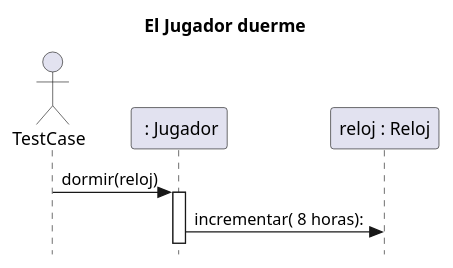
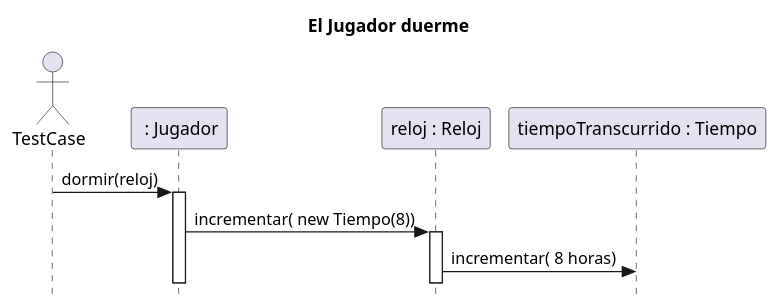
Before and after one commit to martinanus/algo3_tp2: the diagram in diagrams/sequences/JugadorDuerme.puml, drawn with PlantUML. The commit also changed 2 other files, not shown here.

Commit message:
diagramas secuencia actualizados

```diff
--- a/diagrams/sequences/JugadorDuerme.puml
+++ b/diagrams/sequences/JugadorDuerme.puml
@@ -1,15 +1,18 @@
 @startuml
 skinparam style strictuml
 title:  El Jugador duerme
 
 actor TestCase
 
 participant " : Jugador" as jugador
 participant "reloj : Reloj" as reloj
+participant "tiempoTranscurrido : Tiempo" as tiempo
 
 
 TestCase -> jugador: dormir(reloj)
 activate jugador
-jugador -> reloj: incrementar( 8 horas):
+jugador -> reloj: incrementar( new Tiempo(8))
+activate reloj
+reloj -> tiempo: incrementar( 8 horas)
 
 @enduml
```
